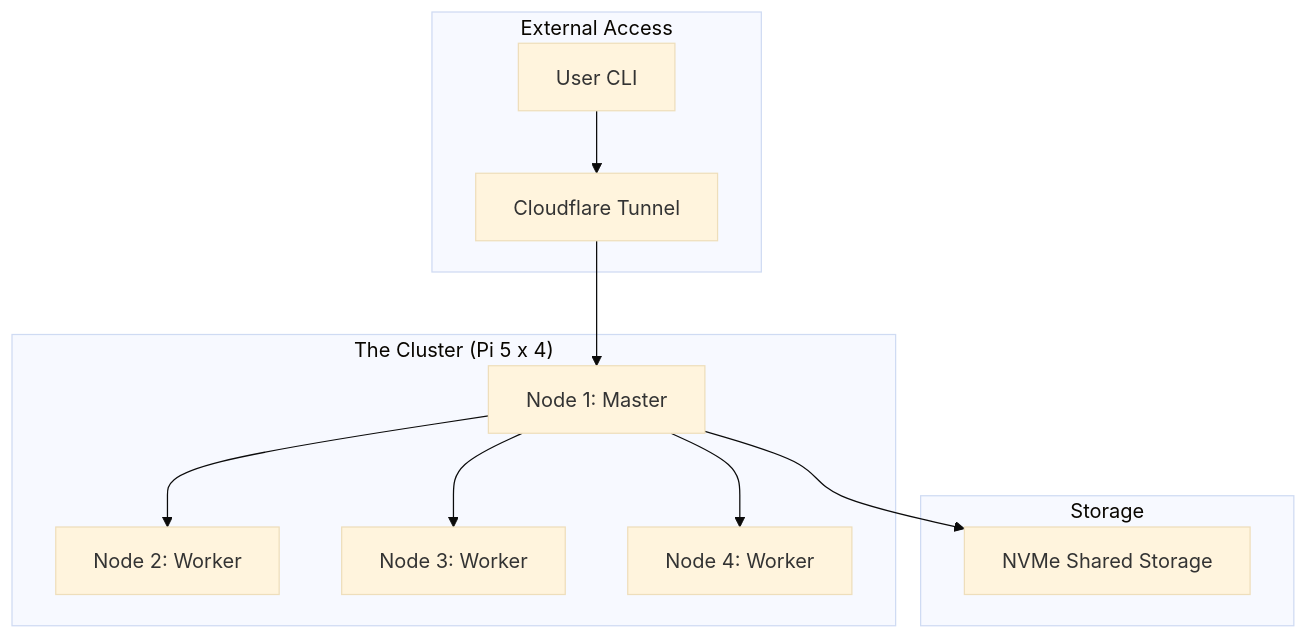
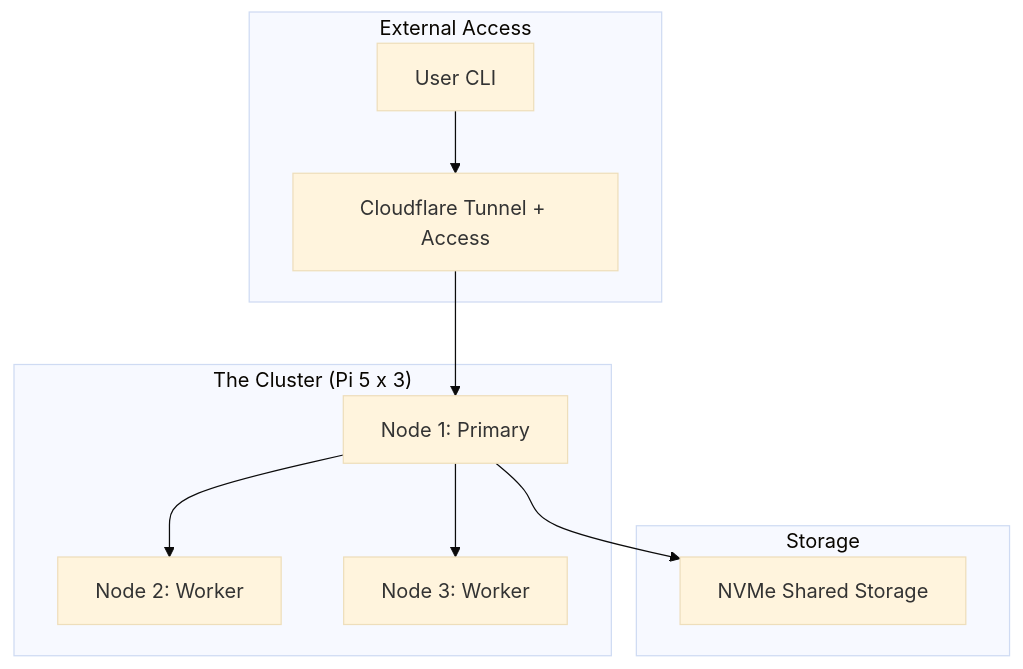
The diagram in apps/web/src/content/experiments/self-hosted-llm.md (drajb/gekro), drawn with Mermaid (base theme) before and after one commit. The commit also changed other lines of this file and 11 other files, not shown here.

````diff
--- a/apps/web/src/content/experiments/self-hosted-llm.md
+++ b/apps/web/src/content/experiments/self-hosted-llm.md
@@ -34,15 +34,14 @@
 ```mermaid
 graph TD
     subgraph "External Access"
-        U[User CLI] --> CT[Cloudflare Tunnel]
+        U[User CLI] -->CT[Cloudflare Tunnel + Access]
     end
-    subgraph "The Cluster (Pi 5 x 4)"
-        CT --> P1[Node 1: Master]
+    subgraph "The Cluster (Pi 5 x 3)"
+        CT --> P1[Node 1: Primary]
         P1 --> P2[Node 2: Worker]
         P1 --> P3[Node 3: Worker]
-        P1 --> P4[Node 4: Worker]
     end
     subgraph "Storage"
         P1 --> SSD[NVMe Shared Storage]
     end
 ```
````
